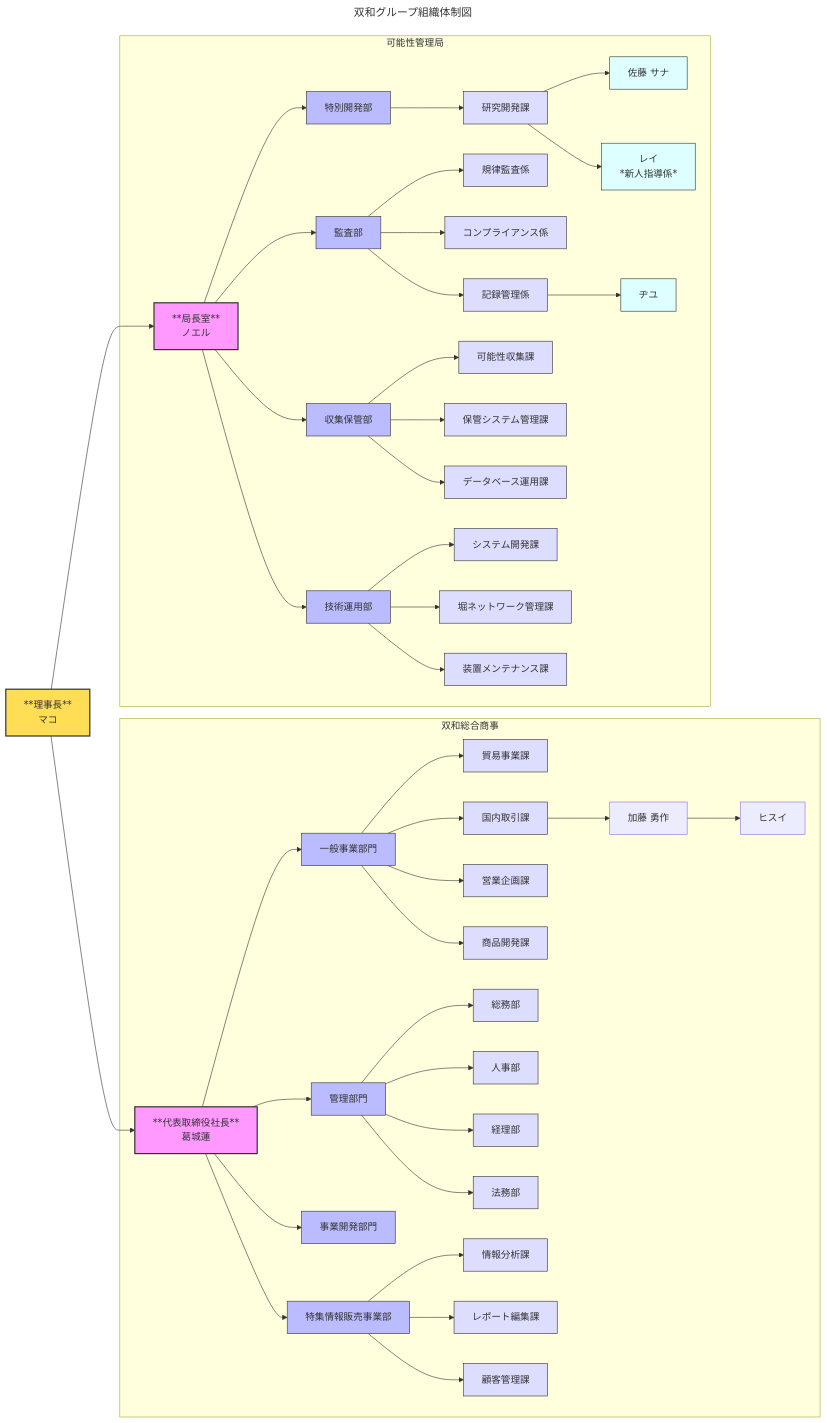
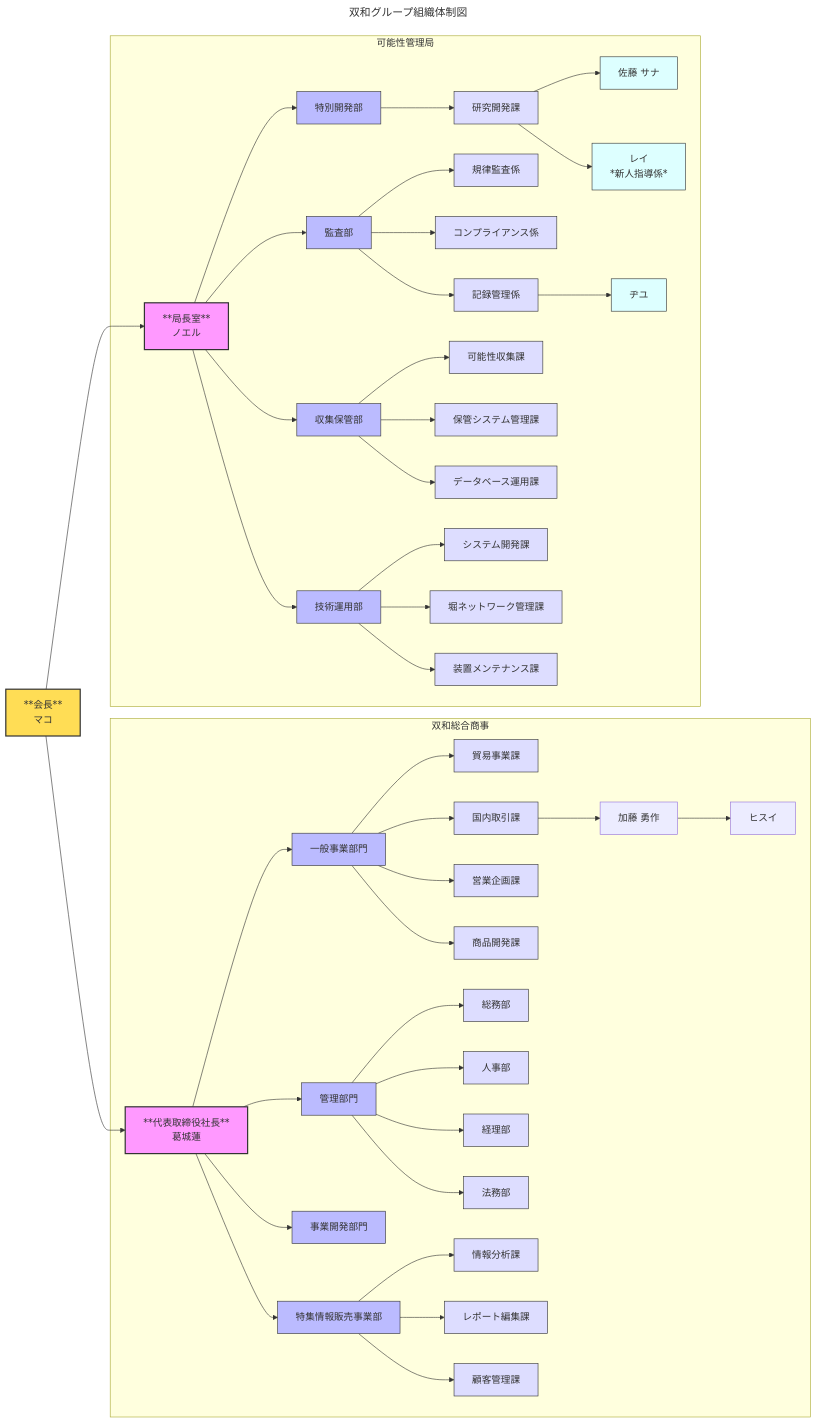
The diagram in 03_設定_3_組織_03_双和グループ組織体制図.md (MatuuraNobuki/The-Spectrum-of-Possibilities), drawn with Mermaid before and after one commit. The commit also changed 18 other files, not shown here.

```diff
--- a/03_設定_3_組織_03_双和グループ組織体制図.md
+++ b/03_設定_3_組織_03_双和グループ組織体制図.md
@@ -4,7 +4,7 @@
 ---
 
 graph LR
-    DIR[**理事長**<br>マコ]
+    DIR[**会長**<br>マコ]
 
     %% 表組織
     subgraph 双和総合商事
```
